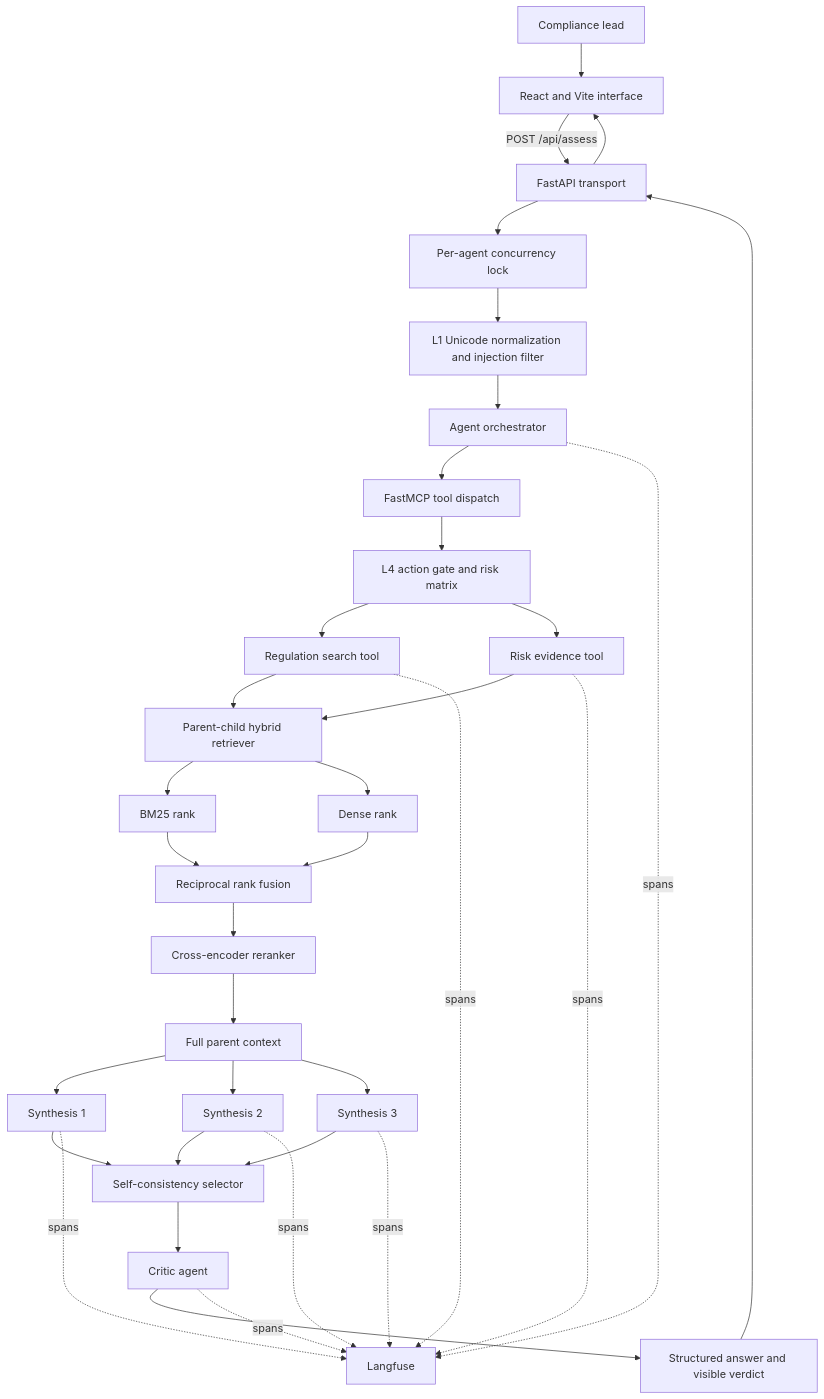
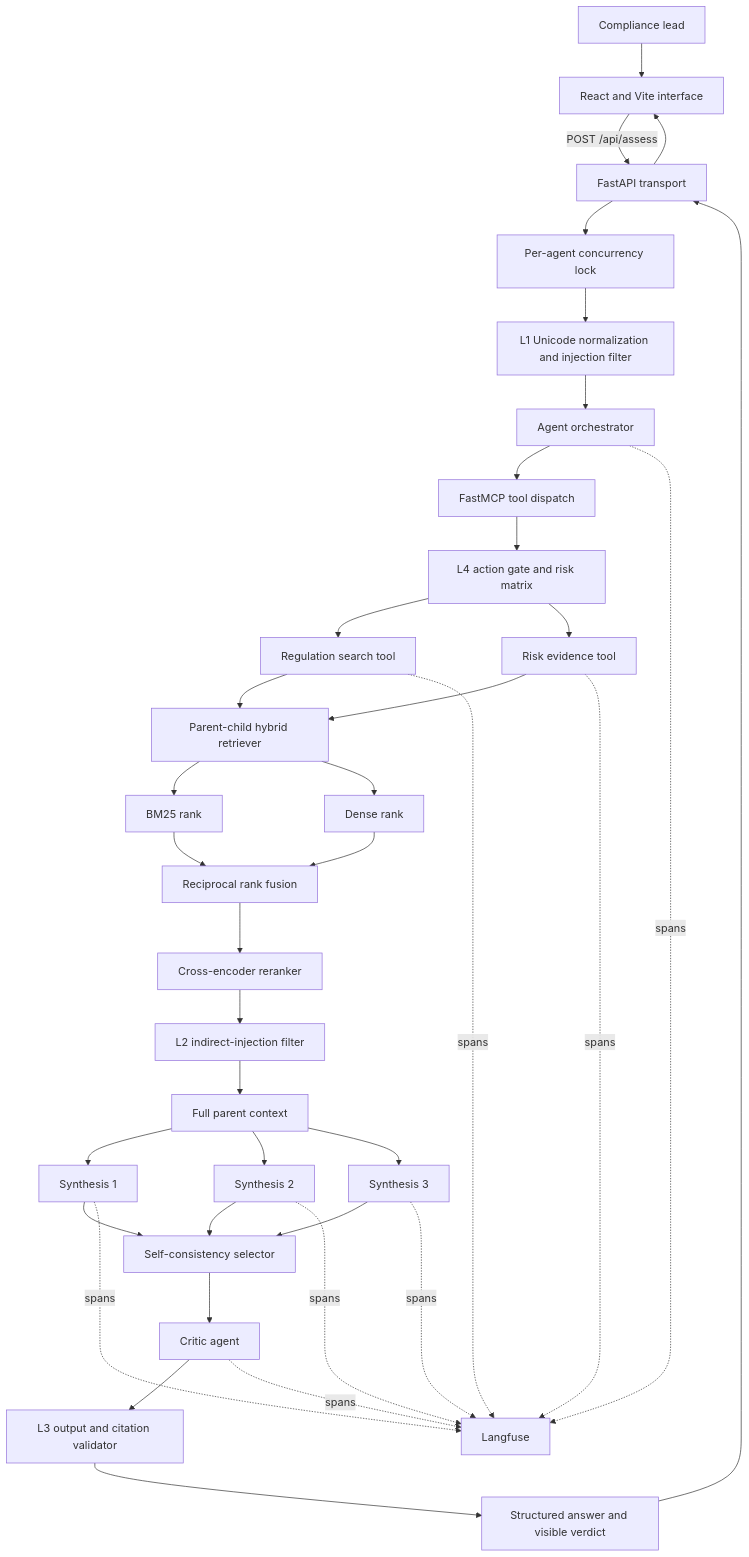
The diagram in docs/architecture.md (LikhitaYerra/aegis-eu-agent), drawn with Mermaid before and after one commit. The commit also changed other lines of this file and 6 other files, not shown here.

````diff
--- a/docs/architecture.md
+++ b/docs/architecture.md
@@ -3,37 +3,39 @@
 ```mermaid
 flowchart TD
     U[Compliance lead] --> UI[React and Vite interface]
     UI -->|POST /api/assess| API[FastAPI transport]
     API --> LOCK[Per-agent concurrency lock]
     LOCK --> L1[L1 Unicode normalization and injection filter]
     L1 --> A[Agent orchestrator]
     A --> MCP[FastMCP tool dispatch]
     MCP --> L4[L4 action gate and risk matrix]
     L4 --> T1[Regulation search tool]
     L4 --> T2[Risk evidence tool]
     T1 --> R[Parent-child hybrid retriever]
     T2 --> R
     R --> B[BM25 rank]
     R --> D[Dense rank]
     B --> F[Reciprocal rank fusion]
     D --> F
     F --> X[Cross-encoder reranker]
-    X --> P[Full parent context]
+    X --> L2[L2 indirect-injection filter]
+    L2 --> P[Full parent context]
     P --> S1[Synthesis 1]
     P --> S2[Synthesis 2]
     P --> S3[Synthesis 3]
     S1 --> SC[Self-consistency selector]
     S2 --> SC
     S3 --> SC
     SC --> C[Critic agent]
-    C --> O[Structured answer and visible verdict]
+    C --> L3[L3 output and citation validator]
+    L3 --> O[Structured answer and visible verdict]
     O --> API
     API --> UI
     A -. spans .-> LF[Langfuse]
     T1 -. spans .-> LF
     T2 -. spans .-> LF
     S1 -. spans .-> LF
     S2 -. spans .-> LF
     S3 -. spans .-> LF
     C -. spans .-> LF
 ```
````
